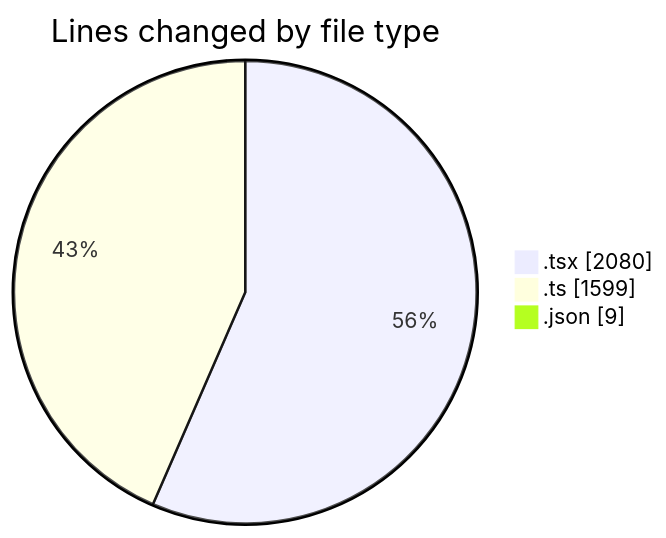
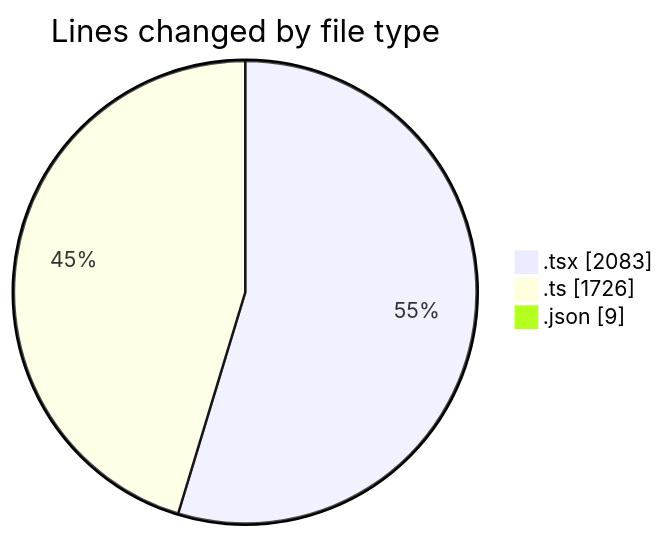
One commit to julien-gomy/code-tracking changed the first of 2 diagrams in 2025-10-15/eventscop-frontend-guide__workspace_/README.md. Above: the diagram before and after it, drawn with Mermaid. The commit also changed other lines of this file and 1 other file, not shown here.

````diff
--- a/2025-10-15/eventscop-frontend-guide__workspace_/README.md
+++ b/2025-10-15/eventscop-frontend-guide__workspace_/README.md
@@ -40,7 +40,7 @@
 ```mermaid
 pie showData
 title Lines changed by file type
-".tsx" : 2080
-".ts" : 1599
+".tsx" : 2083
+".ts" : 1726
 ".json" : 9
 ```
````
